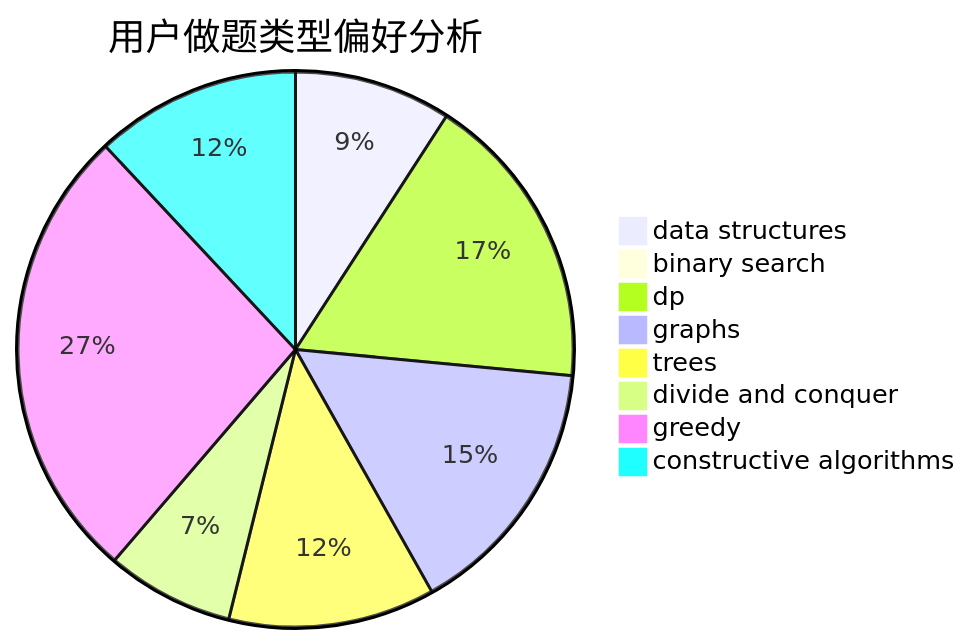
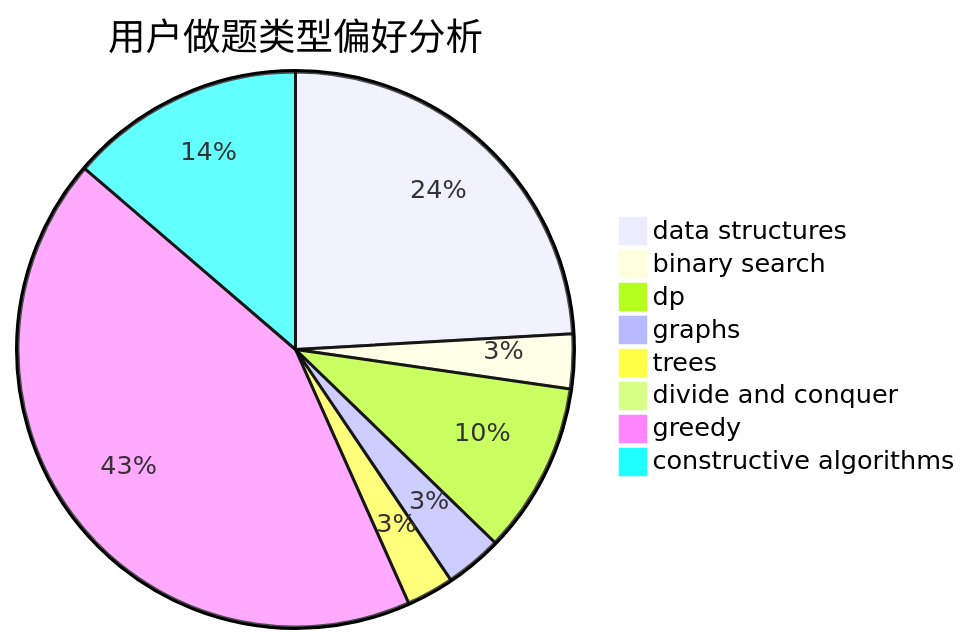
One commit to sherpahu/cfrs.github.io changed the second of 3 diagrams in docs/user/u209.md. Above: the diagram before and after it, drawn with Mermaid. The commit also changed other lines of this file and 2770 other files, not shown here.

````diff
--- a/docs/user/u209.md
+++ b/docs/user/u209.md
@@ -23,11 +23,11 @@
 ```mermaid
 pie title 用户做题类型偏好分析
-    "data structures" :  149
-    "binary search" :  1
-    "dp" :  283
-    "graphs" :  250
-    "trees" :  196
-    "divide and conquer" :  121
-    "greedy" :  436
-    "constructive algorithms" :  195
+    "data structures" :  341
+    "binary search" :  45
+    "dp" :  141
+    "graphs" :  47
+    "trees" :  39
+    "divide and conquer" :  0
+    "greedy" :  608
+    "constructive algorithms" :  194
 ```
````
